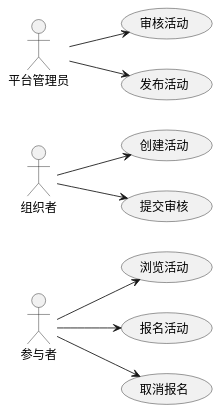
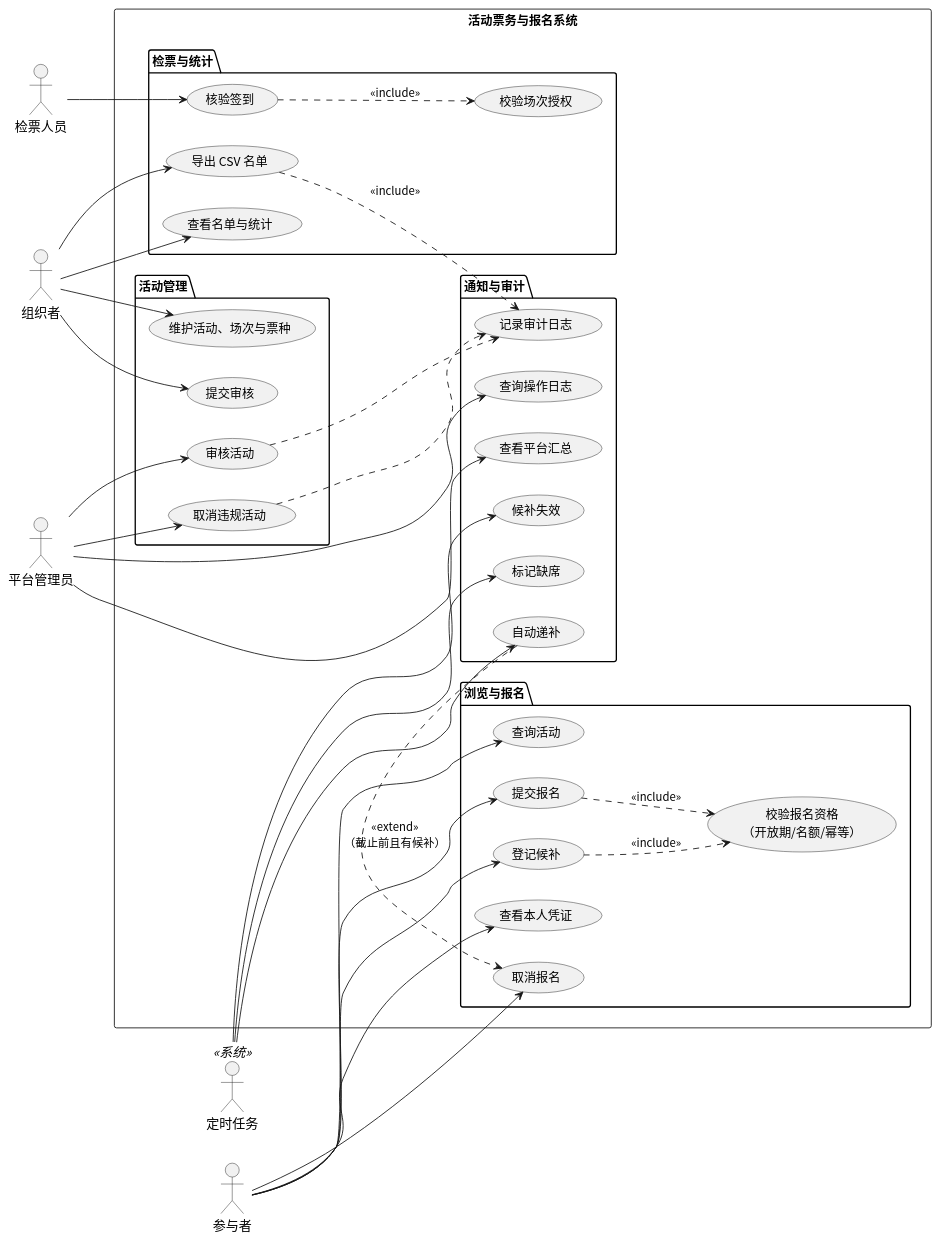
One commit to kkksc114/Software_Engineering_Lab changed the diagram in UML/UML用例图.puml. Above: the diagram before and after it, drawn with PlantUML. The commit also changed 8 other files, not shown here.

Commit message:
design: add exception, state and concurrency flows

```diff
--- a/UML/UML用例图.puml
+++ b/UML/UML用例图.puml
@@ -1,24 +1,69 @@
 @startuml
 skinparam defaultFontName "Noto Sans CJK SC"
+skinparam usecaseFontSize 14
+skinparam actorFontSize 15
 left to right direction
 
 actor 参与者 as P
 actor 组织者 as O
+actor 检票人员 as C
 actor 平台管理员 as A
+actor 定时任务 as S <<系统>>
 
-usecase "浏览活动" as UC01
-usecase "报名活动" as UC02
-usecase "取消报名" as UC03
-usecase "创建活动" as UC04
-usecase "提交审核" as UC05
-usecase "审核活动" as UC06
-usecase "发布活动" as UC07
+rectangle "活动票务与报名系统" {
+  package "浏览与报名" {
+    usecase "查询活动" as UC01
+    usecase "提交报名" as UC02
+    usecase "登记候补" as UC03
+    usecase "取消报名" as UC04
+    usecase "查看本人凭证" as UC05
+    usecase "校验报名资格\n（开放期/名额/幂等）" as UC06
+  }
+  package "活动管理" {
+    usecase "维护活动、场次与票种" as UC07
+    usecase "提交审核" as UC08
+    usecase "审核活动" as UC09
+    usecase "取消违规活动" as UC10
+  }
+  package "检票与统计" {
+    usecase "核验签到" as UC11
+    usecase "校验场次授权" as UC12
+    usecase "查看名单与统计" as UC13
+    usecase "导出 CSV 名单" as UC14
+  }
+  package "通知与审计" {
+    usecase "查看平台汇总" as UC15
+    usecase "查询操作日志" as UC16
+    usecase "自动递补" as UC17
+    usecase "候补失效" as UC18
+    usecase "标记缺席" as UC19
+    usecase "记录审计日志" as UC20
+  }
+}
 
 P --> UC01
 P --> UC02
 P --> UC03
-O --> UC04
-O --> UC05
-A --> UC06
-A --> UC07
+P --> UC04
+P --> UC05
+O --> UC07
+O --> UC08
+O --> UC13
+O --> UC14
+C --> UC11
+A --> UC09
+A --> UC10
+A --> UC15
+A --> UC16
+S --> UC17
+S --> UC18
+S --> UC19
+
+UC02 ..> UC06 : <<include>>
+UC03 ..> UC06 : <<include>>
+UC11 ..> UC12 : <<include>>
+UC14 ..> UC20 : <<include>>
+UC09 ..> UC20
+UC10 ..> UC20
+UC17 .> UC04 : <<extend>>\n（截止前且有候补）
 @enduml
```
